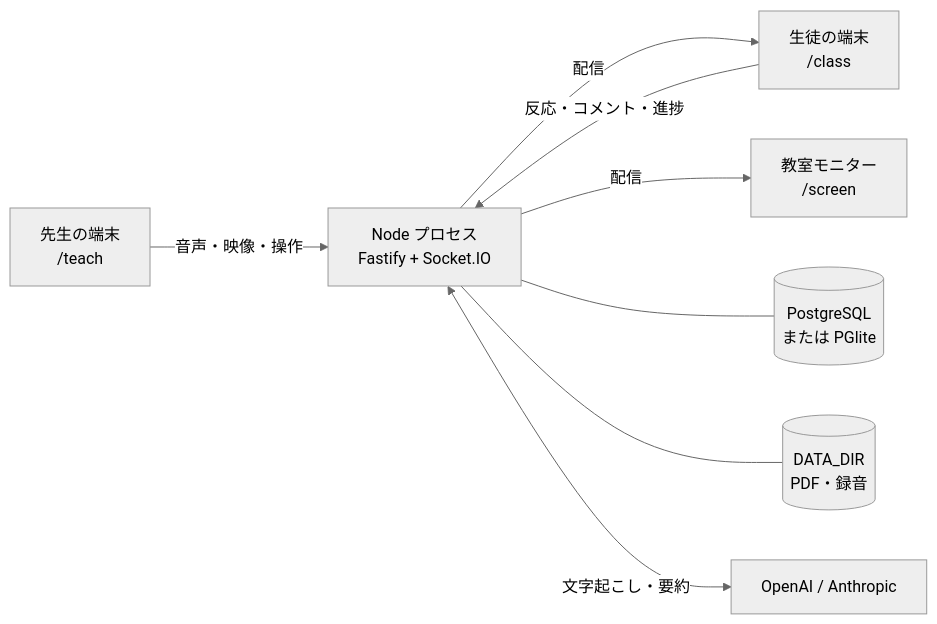
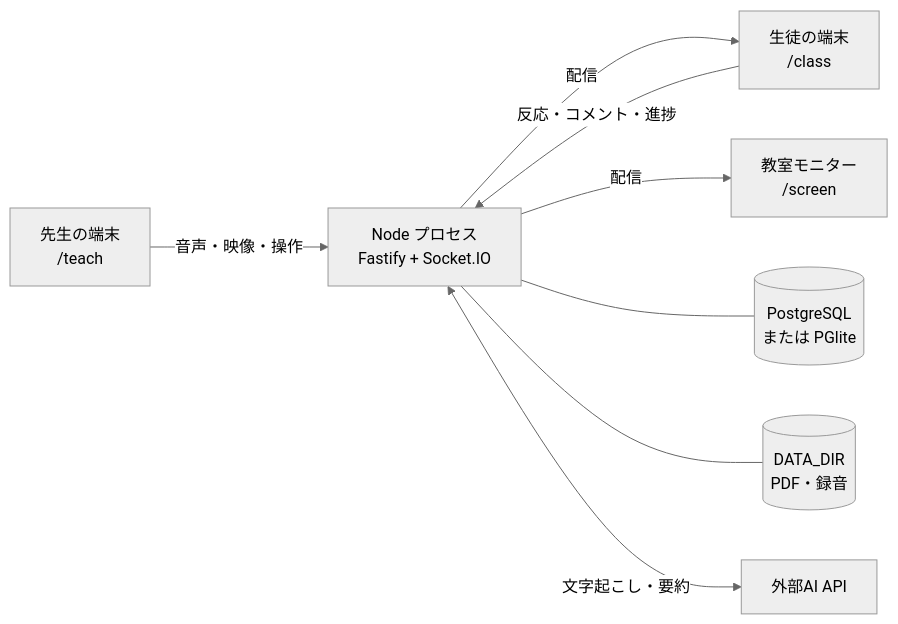
Before and after one commit to 424m-lang/enkaku-jugyou: the first of 3 diagrams in docs/ARCHITECTURE.md, drawn with Mermaid (neutral theme). The commit also changed other lines of this file and 11 other files, not shown here.

````diff
--- a/docs/ARCHITECTURE.md
+++ b/docs/ARCHITECTURE.md
@@ -24,18 +24,18 @@
 ```mermaid
 flowchart LR
   T["先生の端末<br/>/teach"]
   S["生徒の端末<br/>/class"]
   M["教室モニター<br/>/screen"]
   SRV["Node プロセス<br/>Fastify + Socket.IO"]
   DB[("PostgreSQL<br/>または PGlite")]
   FS[("DATA_DIR<br/>PDF・録音")]
-  AI["OpenAI / Anthropic"]
+  AI["外部AI API"]
 
   T -->|"音声・映像・操作"| SRV
   SRV -->|"配信"| S
   SRV -->|"配信"| M
   S -->|"反応・コメント・進捗"| SRV
   SRV --- DB
   SRV --- FS
   SRV <-->|"文字起こし・要約"| AI
 ```
````
